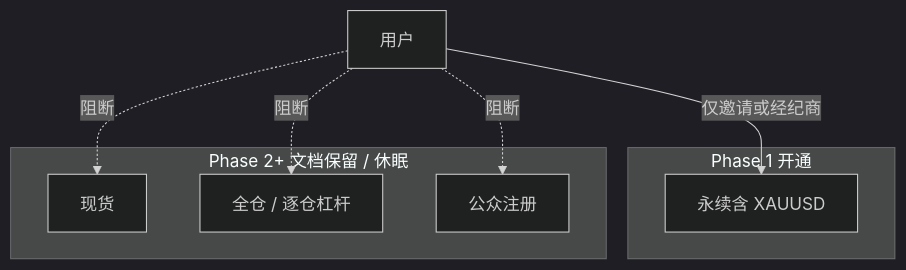
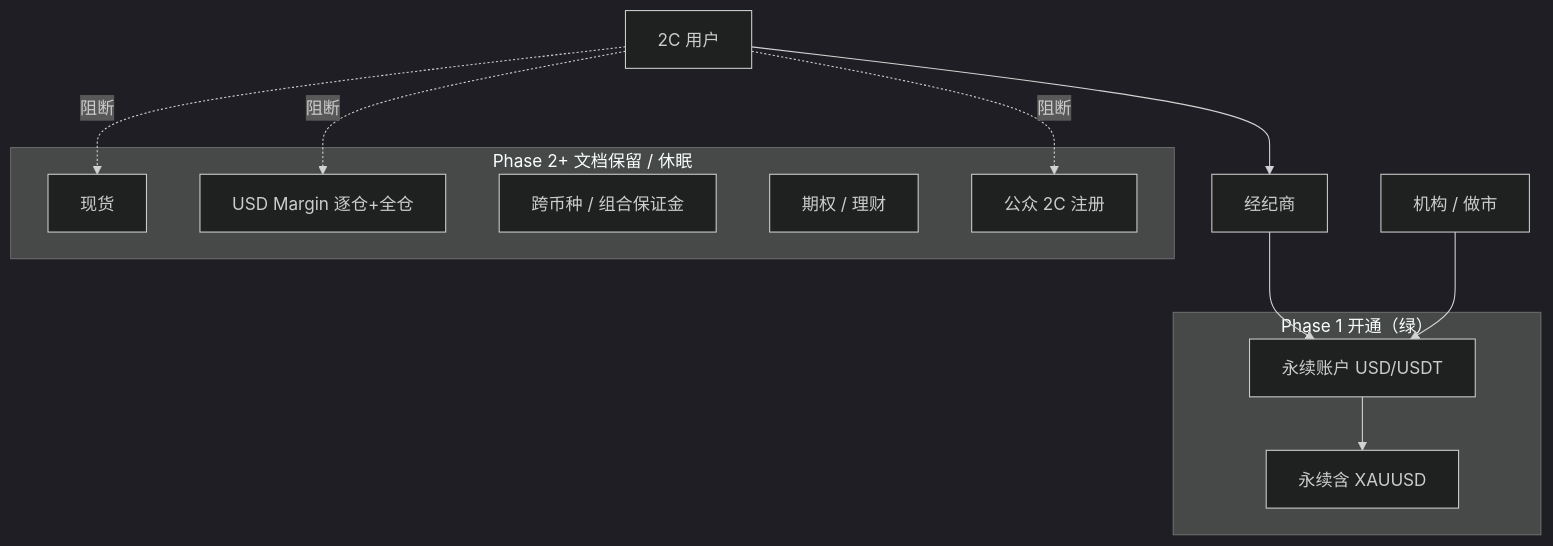
Before and after one commit to hxyan2020/PRD: the fifth of 15 diagrams in docs/risk-handbook/zh-CN.md, drawn with Mermaid (dark theme). The commit also changed other lines of this file and 63 other files, not shown here.

````diff
--- a/docs/risk-handbook/zh-CN.md
+++ b/docs/risk-handbook/zh-CN.md
@@ -351,15 +382,21 @@
 ```mermaid
 flowchart TB
-  subgraph p1 ["Phase 1 开通"]
+  subgraph p1 ["Phase 1 开通（绿）"]
     Perps["永续含 XAUUSD"]
+    PA["永续账户 USD/USDT"]
   end
   subgraph p2 ["Phase 2+ 文档保留 / 休眠"]
     Spot["现货"]
-    Margin["全仓 / 逐仓杠杆"]
-    Public["公众注册"]
+    Margin["USD Margin 逐仓+全仓"]
+    XMgn["跨币种 / 组合保证金"]
+    Opt["期权 / 理财"]
+    Public["公众 2C 注册"]
   end
-  User["用户"] -->|仅邀请或经纪商| Perps
+  User["2C 用户"] --> BR["经纪商"]
+  BR --> PA
+  Inst["机构 / 做市"] --> PA
+  PA --> Perps
   User -.->|阻断| Spot
   User -.->|阻断| Margin
   User -.->|阻断| Public
 ```
````
